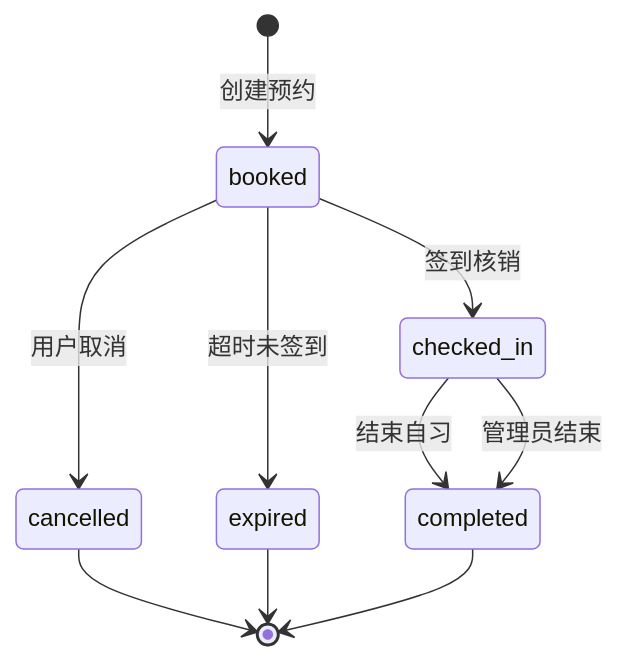
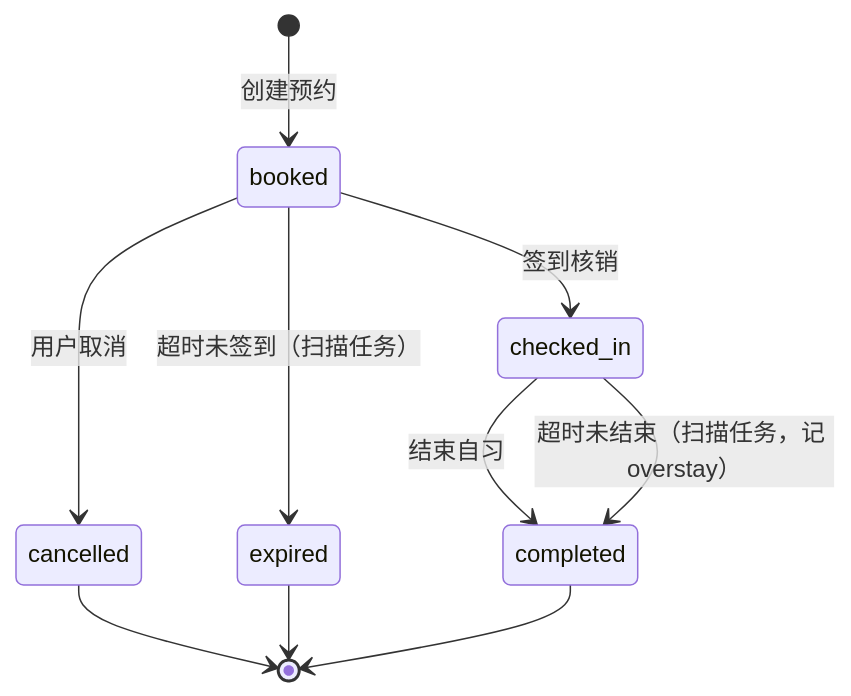
Before and after one commit to Type81-1/campus-ai-study-room: the seventh of 7 diagrams in docs/系统设计/当前代码设计图稿.md, drawn with Mermaid. The commit also changed other lines of this file and 4 other files, not shown here.

First line of the commit message:
文档：更新 README 与设计图稿以对齐分层实现

````diff
--- a/docs/系统设计/当前代码设计图稿.md
+++ b/docs/系统设计/当前代码设计图稿.md
@@ -227,12 +395,12 @@
 ```mermaid
 stateDiagram-v2
     [*] --> booked: 创建预约
     booked --> checked_in: 签到核销
     checked_in --> completed: 结束自习
     booked --> cancelled: 用户取消
-    booked --> expired: 超时未签到
-    checked_in --> completed: 管理员结束
+    booked --> expired: 超时未签到（扫描任务）
+    checked_in --> completed: 超时未结束（扫描任务，记 overstay）
     cancelled --> [*]
     expired --> [*]
     completed --> [*]
 ```
````
